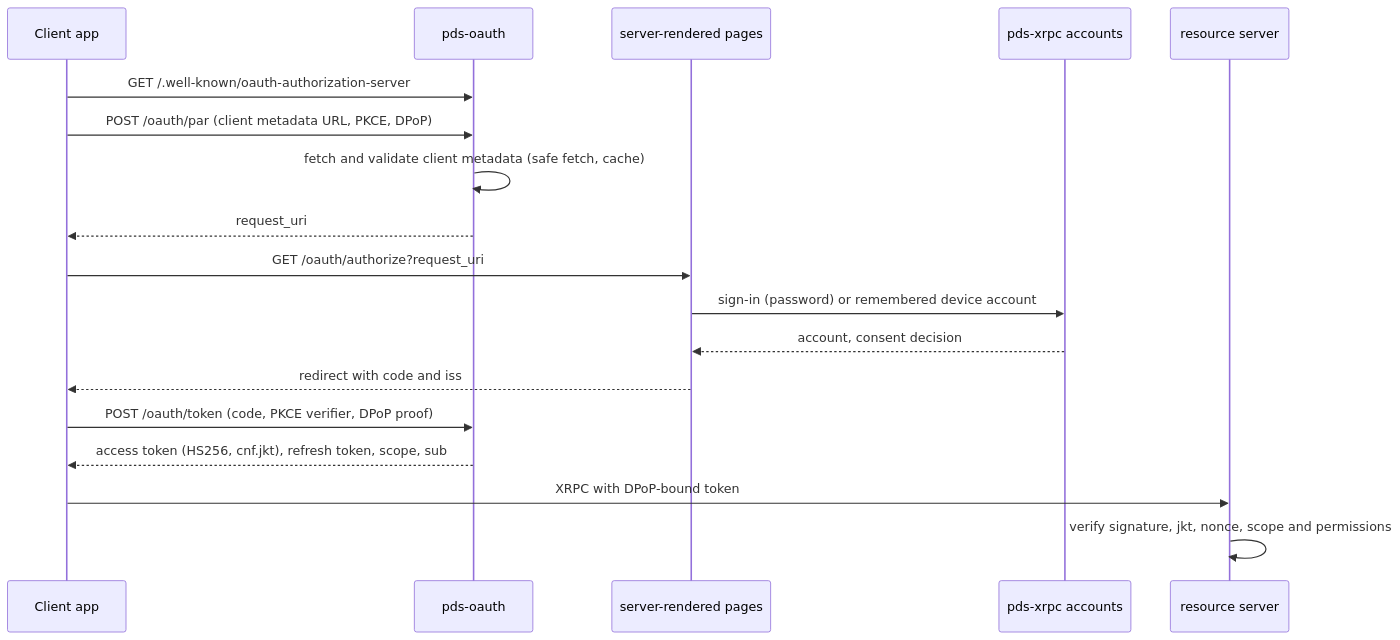
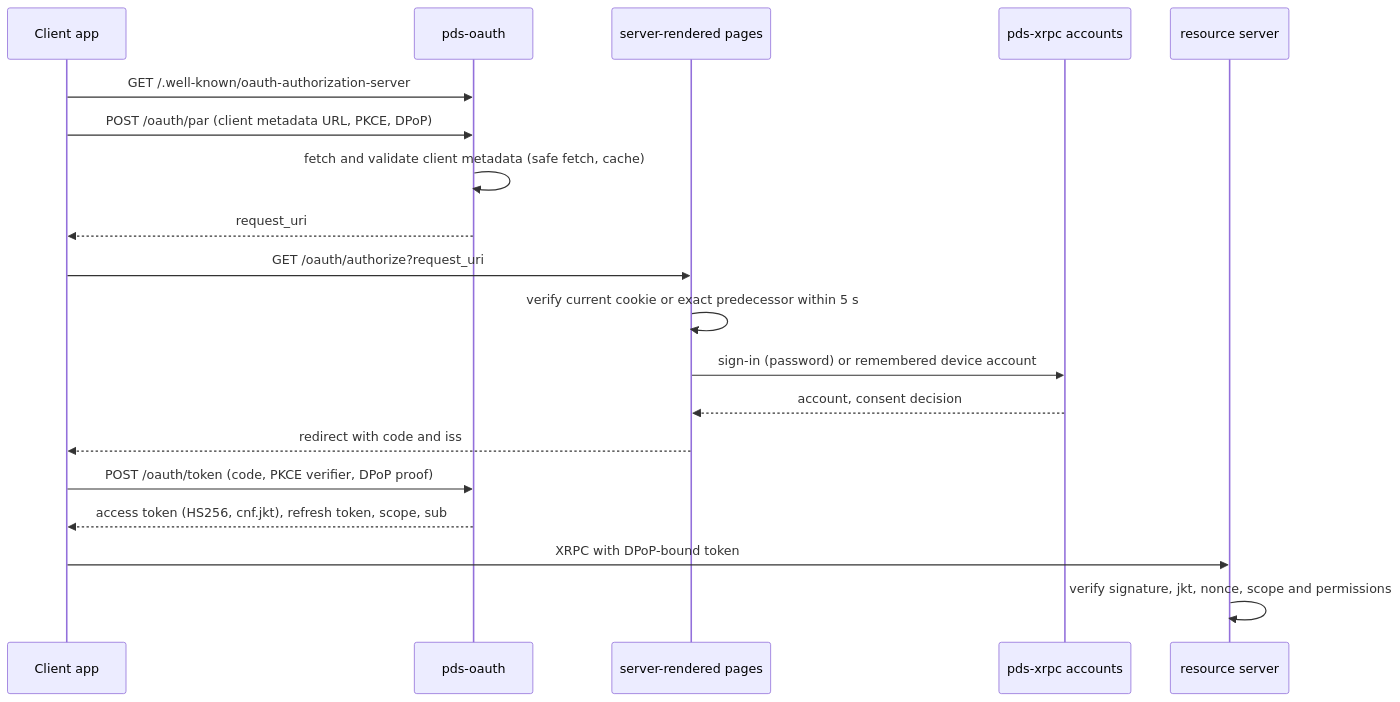
One commit to linkjar/pds changed the diagram in docs/architecture/diagrams/09-oauth-stock.mmd. Above: the diagram before and after it, drawn with Mermaid. The commit also changed 272 other files, not shown here.

```diff
--- a/docs/architecture/diagrams/09-oauth-stock.mmd
+++ b/docs/architecture/diagrams/09-oauth-stock.mmd
@@ -1,18 +1,19 @@
 sequenceDiagram
   participant App as Client app
   participant AS as pds-oauth
   participant UI as server-rendered pages
   participant Acc as pds-xrpc accounts
   participant RS as resource server
   App->>AS: GET /.well-known/oauth-authorization-server
   App->>AS: POST /oauth/par (client metadata URL, PKCE, DPoP)
   AS->>AS: fetch and validate client metadata (safe fetch, cache)
   AS-->>App: request_uri
   App->>UI: GET /oauth/authorize?request_uri
+  UI->>UI: verify current cookie or exact predecessor within 5 s
   UI->>Acc: sign-in (password) or remembered device account
   Acc-->>UI: account, consent decision
   UI-->>App: redirect with code and iss
   App->>AS: POST /oauth/token (code, PKCE verifier, DPoP proof)
   AS-->>App: access token (HS256, cnf.jkt), refresh token, scope, sub
   App->>RS: XRPC with DPoP-bound token
   RS->>RS: verify signature, jkt, nonce, scope and permissions
```
